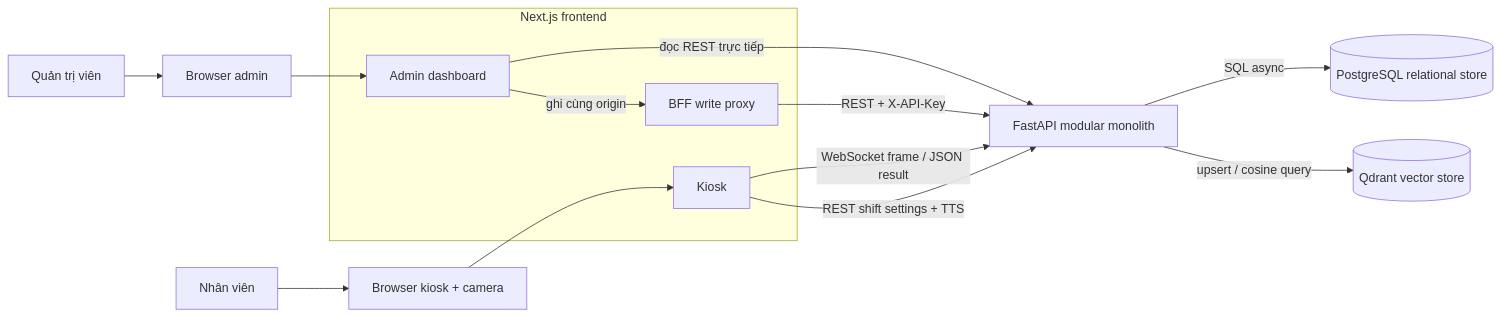
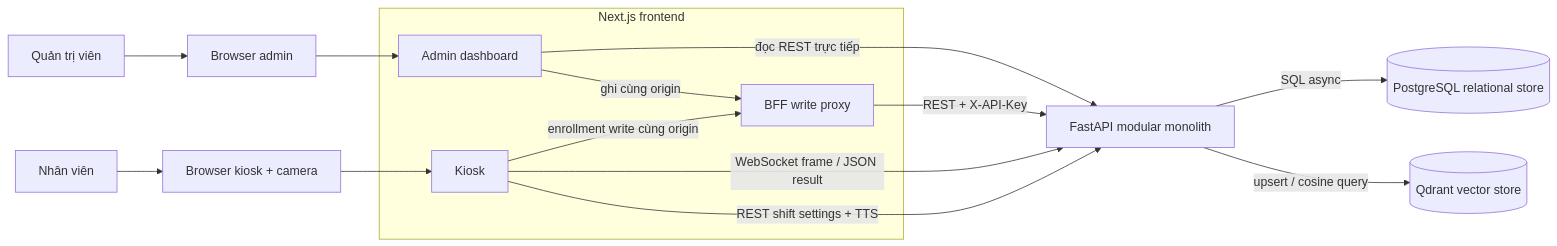
Before and after one commit to danghohai2004/facevec-attend: the first of 3 diagrams in docs/project-report/02-kien-truc-he-thong.md, drawn with Mermaid. The commit also changed other lines of this file, not shown here.

Commit message:
docs: correct project architecture diagrams

````diff
--- a/docs/project-report/02-kien-truc-he-thong.md
+++ b/docs/project-report/02-kien-truc-he-thong.md
@@ -9,21 +9,22 @@
 ```mermaid
 flowchart LR
     Admin[Quản trị viên] --> AdminBrowser[Browser admin]
     Employee[Nhân viên] --> KioskBrowser[Browser kiosk + camera]
 
     subgraph Frontend[Next.js frontend]
         Dashboard[Admin dashboard]
         Kiosk[Kiosk]
         BFF[BFF write proxy]
     end
 
     AdminBrowser --> Dashboard
     KioskBrowser --> Kiosk
     Dashboard -->|đọc REST trực tiếp| API[FastAPI modular monolith]
     Dashboard -->|ghi cùng origin| BFF
+    Kiosk -->|enrollment write cùng origin| BFF
     BFF -->|REST + X-API-Key| API
     Kiosk -->|WebSocket frame / JSON result| API
     Kiosk -->|REST shift settings + TTS| API
     API -->|SQL async| PG[(PostgreSQL relational store)]
     API -->|upsert / cosine query| QD[(Qdrant vector store)]
 ```
````
